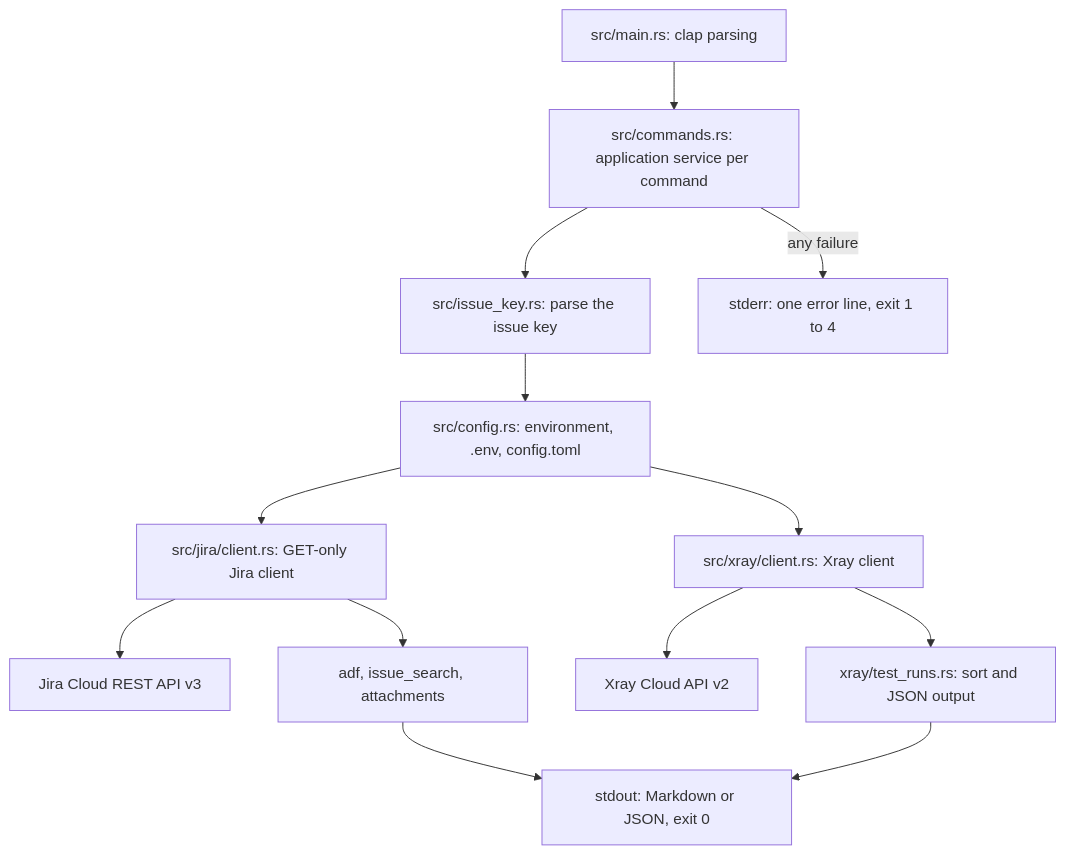
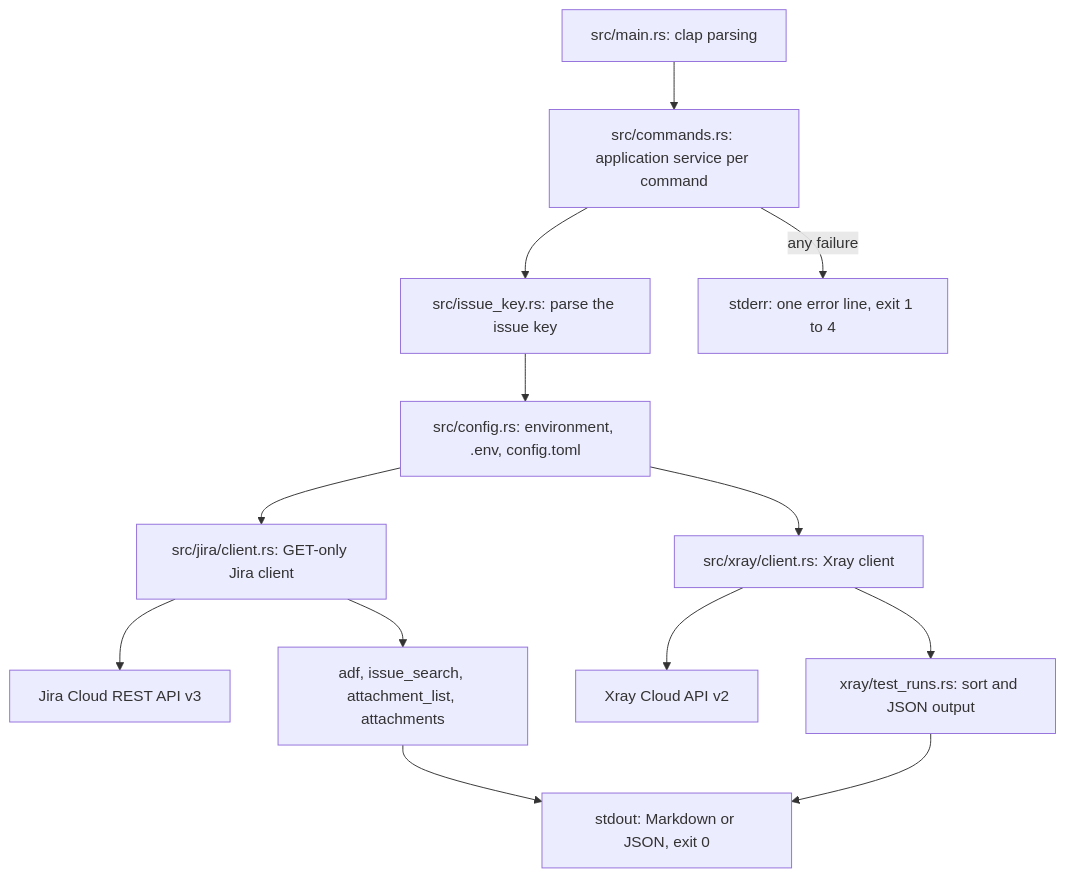
Before and after one commit to remshams/jira-adapter: the first of 2 diagrams in docs/architecture.md, drawn with Mermaid. The commit also changed other lines of this file and 1 other file, not shown here.

First line of the commit message:
docs(Architecture): document attachments list and download

````diff
--- a/docs/architecture.md
+++ b/docs/architecture.md
@@ -25,15 +26,15 @@
 ```mermaid
 flowchart TD
     Main[src/main.rs: clap parsing] --> Command[src/commands.rs: application service per command]
     Command --> Key[src/issue_key.rs: parse the issue key]
     Key --> Config[src/config.rs: environment, .env, config.toml]
     Config --> Jira[src/jira/client.rs: GET-only Jira client]
     Config --> Xray[src/xray/client.rs: Xray client]
     Jira --> JiraApi[Jira Cloud REST API v3]
     Xray --> XrayApi[Xray Cloud API v2]
-    Jira --> Render[adf, issue_search, attachments]
+    Jira --> Render[adf, issue_search, attachment_list, attachments]
     Xray --> TestRuns[xray/test_runs.rs: sort and JSON output]
     Render --> Stdout[stdout: Markdown or JSON, exit 0]
     TestRuns --> Stdout
     Command -->|any failure| Stderr[stderr: one error line, exit 1 to 4]
 ```
````
